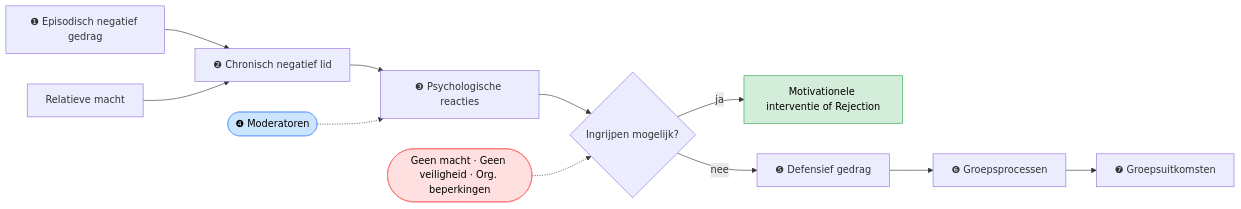
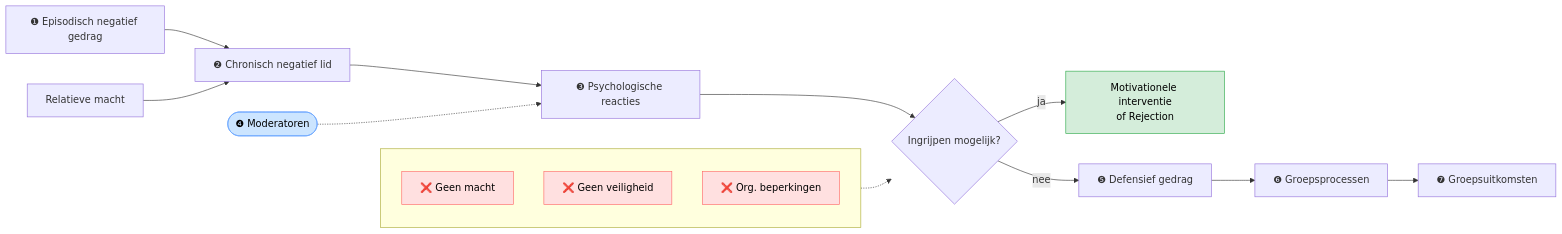
Before and after one commit to johantre/ai-value-flow-lab: the diagram in articles/felps-mitchell-byington-how-when-why-bad-apples-2006.md, drawn with Mermaid.

Commit message:
Try vertical subgraph for barriers and br tag for INT node in causal model

````diff
--- a/articles/felps-mitchell-byington-how-when-why-bad-apples-2006.md
+++ b/articles/felps-mitchell-byington-how-when-why-bad-apples-2006.md
@@ -71,16 +71,24 @@
 ```mermaid
 graph LR
     A[❶ Episodisch negatief gedrag] --> B[❷ Chronisch negatief lid]
     B --> C[❸ Psychologische reacties]
     C --> DEC{Ingrijpen mogelijk?}
-    DEC -->|ja| INT[Motivationele interventie of Rejection]
+    DEC -->|ja| INT["Motivationele interventie<br/>of Rejection"]
     DEC -->|nee| D[❺ Defensief gedrag]
     D --> E[❻ Groepsprocessen]
     E --> F[❼ Groepsuitkomsten]
-    BARR([Geen macht · Geen veiligheid · Org. beperkingen]) -.-> DEC
+    subgraph BARR [ ]
+        direction TB
+        B1[❌ Geen macht]
+        B2[❌ Geen veiligheid]
+        B3[❌ Org. beperkingen]
+    end
+    BARR -.-> DEC
     G([❹ Moderatoren]) -.-> C
     H[Relatieve macht] --> B
     style G fill:#cce5ff,stroke:#66a3ff,color:#000
-    style BARR fill:#ffe0e0,stroke:#ff6666,color:#000
+    style B1 fill:#ffe0e0,stroke:#ff6666,color:#000
+    style B2 fill:#ffe0e0,stroke:#ff6666,color:#000
+    style B3 fill:#ffe0e0,stroke:#ff6666,color:#000
     style INT fill:#d4edda,stroke:#28a745,color:#000
 ```
````
